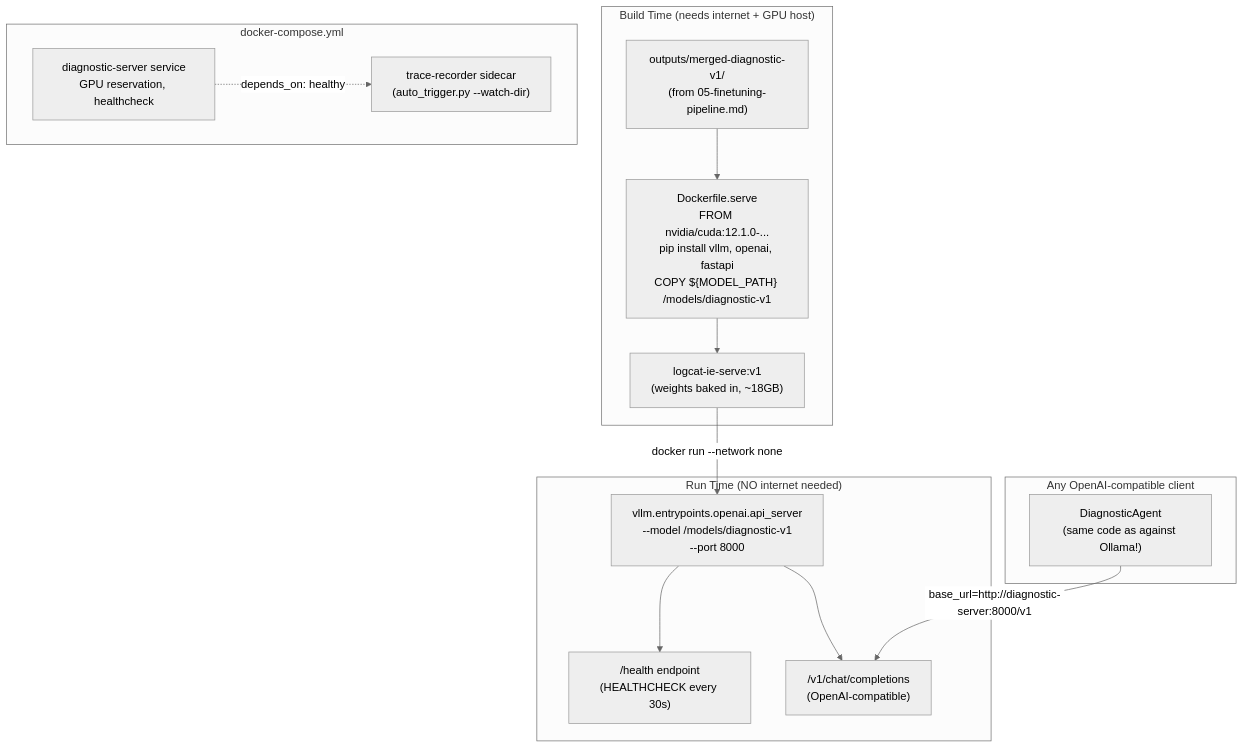
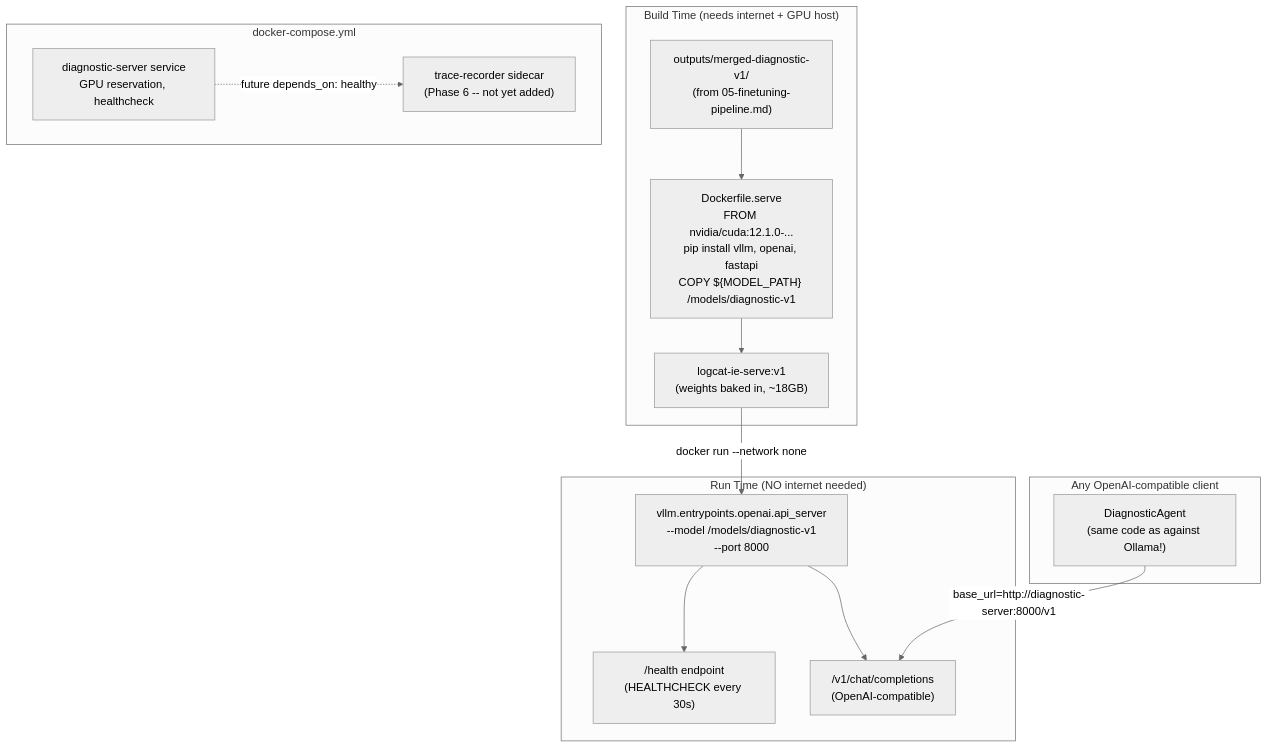
The diagram in docs/components/07-deployment-serving.md (SatyamKumar02/logcat-intelligence-engine), drawn with Mermaid (neutral theme) before and after one commit. The commit also changed other lines of this file and 7 other files, not shown here.

````diff
--- a/docs/components/07-deployment-serving.md
+++ b/docs/components/07-deployment-serving.md
@@ -14,29 +34,29 @@
 ```mermaid
 flowchart TD
     subgraph BuildTime["Build Time (needs internet + GPU host)"]
         MERGED["outputs/merged-diagnostic-v1/\n(from 05-finetuning-pipeline.md)"]
         DOCKERFILE["Dockerfile.serve\nFROM nvidia/cuda:12.1.0-...\npip install vllm, openai, fastapi\nCOPY ${MODEL_PATH} /models/diagnostic-v1"]
         IMAGE["logcat-ie-serve:v1\n(weights baked in, ~18GB)"]
         MERGED --> DOCKERFILE --> IMAGE
     end
 
     subgraph RunTime["Run Time (NO internet needed)"]
         VLLM["vllm.entrypoints.openai.api_server\n--model /models/diagnostic-v1\n--port 8000"]
         HEALTH["/health endpoint\n(HEALTHCHECK every 30s)"]
         API["/v1/chat/completions\n(OpenAI-compatible)"]
         VLLM --> HEALTH
         VLLM --> API
     end
     IMAGE -->|docker run --network none| VLLM
 
     subgraph Client["Any OpenAI-compatible client"]
         AGENT["DiagnosticAgent\n(same code as against Ollama!)"]
     end
     AGENT -->|"base_url=http://diagnostic-server:8000/v1"| API
 
     subgraph Compose["docker-compose.yml"]
         SVC["diagnostic-server service\nGPU reservation, healthcheck"]
-        SIDECAR["trace-recorder sidecar\n(auto_trigger.py --watch-dir)"]
-        SVC -.->|"depends_on: healthy"| SIDECAR
+        SIDECAR["trace-recorder sidecar\n(Phase 6 -- not yet added)"]
+        SVC -.->|"future depends_on: healthy"| SIDECAR
     end
 ```
````
